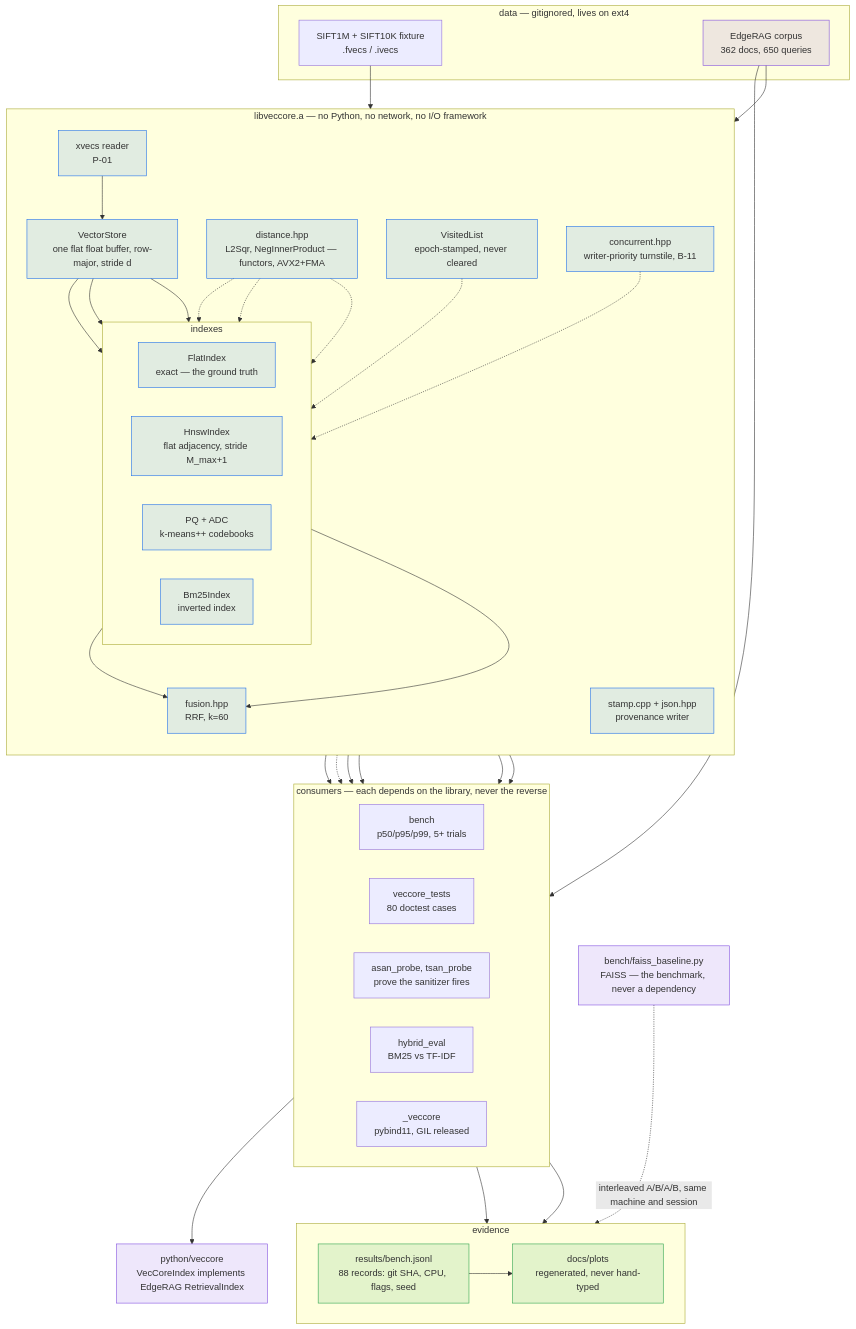
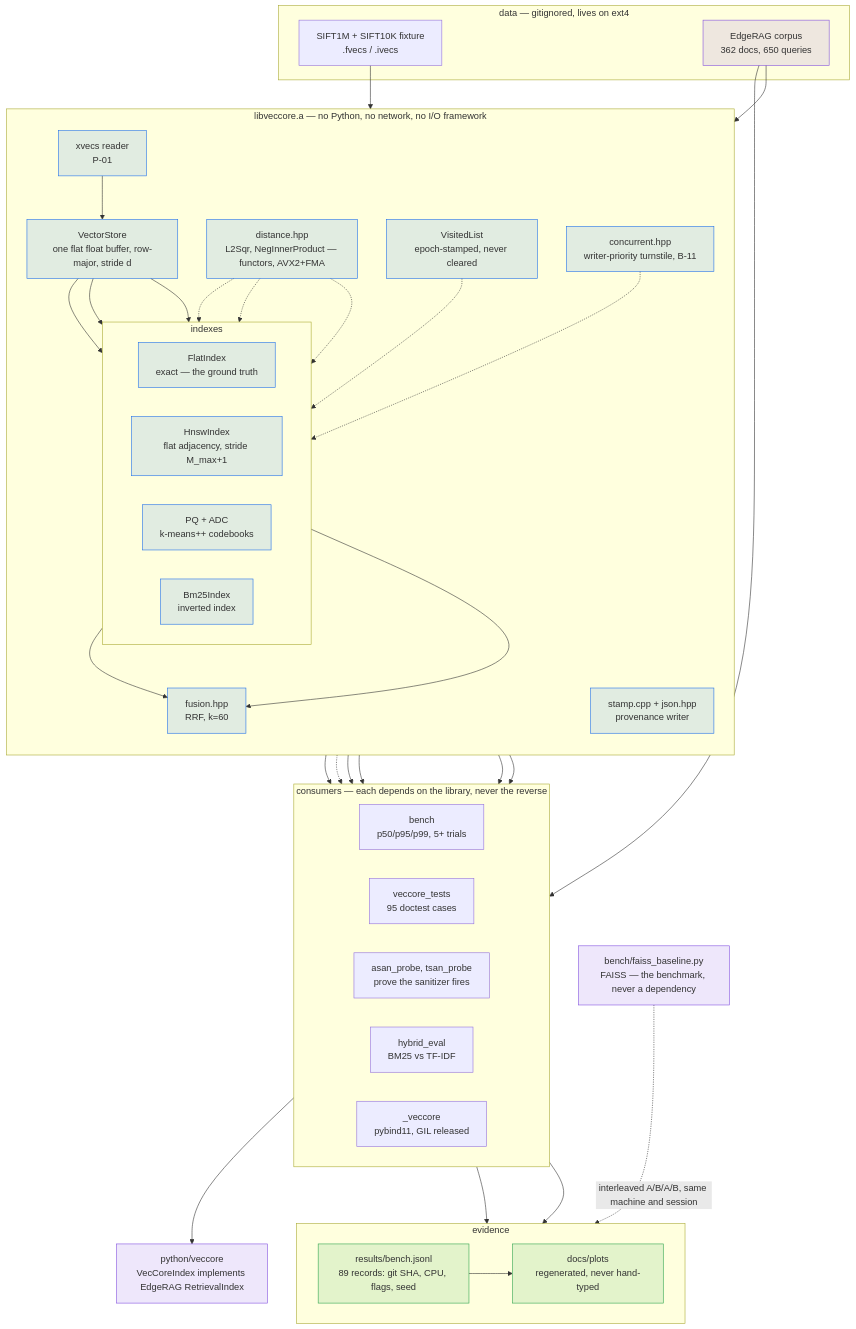
One commit to Tejas544/VecCore changed the diagram in README.md. Above: the diagram before and after it, drawn with Mermaid. The commit also changed other lines of this file and 4 other files, not shown here.

````diff
--- a/README.md
+++ b/README.md
@@ -135,76 +137,76 @@
 ```mermaid
 flowchart TB
     subgraph data["data — gitignored, lives on ext4"]
         SIFT["SIFT1M + SIFT10K fixture<br/>.fvecs / .ivecs"]
         EDG["EdgeRAG corpus<br/>362 docs, 650 queries"]
     end
 
     subgraph lib["libveccore.a — no Python, no network, no I/O framework"]
         direction TB
         XV["xvecs reader<br/>P-01"]
         VS["VectorStore<br/>one flat float buffer, row-major, stride d"]
         DIST["distance.hpp<br/>L2Sqr, NegInnerProduct — functors, AVX2+FMA"]
         VIS["VisitedList<br/>epoch-stamped, never cleared"]
         LOCK["concurrent.hpp<br/>writer-priority turnstile, B-11"]
         RRF["fusion.hpp<br/>RRF, k=60"]
         STAMP["stamp.cpp + json.hpp<br/>provenance writer"]
         subgraph idx["indexes"]
             direction LR
             FLAT["FlatIndex<br/>exact — the ground truth"]
             HNSW["HnswIndex<br/>flat adjacency, stride M_max+1"]
             PQ["PQ + ADC<br/>k-means++ codebooks"]
             BM["Bm25Index<br/>inverted index"]
         end
     end
 
     subgraph cons["consumers — each depends on the library, never the reverse"]
         direction LR
         BENCH["bench<br/>p50/p95/p99, 5+ trials"]
-        TESTS["veccore_tests<br/>80 doctest cases"]
+        TESTS["veccore_tests<br/>95 doctest cases"]
         PROBE["asan_probe, tsan_probe<br/>prove the sanitizer fires"]
         HYB["hybrid_eval<br/>BM25 vs TF-IDF"]
         PYB["_veccore<br/>pybind11, GIL released"]
     end
 
     subgraph out["evidence"]
         direction LR
-        JSONL["results/bench.jsonl<br/>88 records: git SHA, CPU, flags, seed"]
+        JSONL["results/bench.jsonl<br/>89 records: git SHA, CPU, flags, seed"]
         PLOTS["docs/plots<br/>regenerated, never hand-typed"]
     end
 
     PYPKG["python/veccore<br/>VecCoreIndex implements EdgeRAG RetrievalIndex"]
     FAISS["bench/faiss_baseline.py<br/>FAISS — the benchmark, never a dependency"]
 
     SIFT --> XV
     XV --> VS
     EDG --> BM
     EDG --> HYB
     VS --> FLAT
     VS --> HNSW
     VS --> PQ
     DIST -.-> FLAT
     DIST -.-> HNSW
     DIST -.-> PQ
     VIS -.-> HNSW
     LOCK -.-> HNSW
     BM --> RRF
     HNSW --> RRF
     idx --> BENCH
     idx --> TESTS
     idx --> PYB
     idx --> PROBE
     RRF --> HYB
     STAMP -.-> BENCH
     BENCH --> JSONL
     HYB --> JSONL
     FAISS -.->|"interleaved A/B/A/B, same machine and session"| JSONL
     JSONL --> PLOTS
     PYB --> PYPKG
 
     classDef libnode fill:#1f6feb22,stroke:#1f6feb
     classDef evid fill:#2da44e22,stroke:#2da44e
     classDef ext fill:#8250df22,stroke:#8250df
     class XV,VS,DIST,FLAT,HNSW,PQ,BM,VIS,LOCK,RRF,STAMP libnode
     class JSONL,PLOTS evid
     class FAISS,PYPKG,EDG ext
 ```
````
